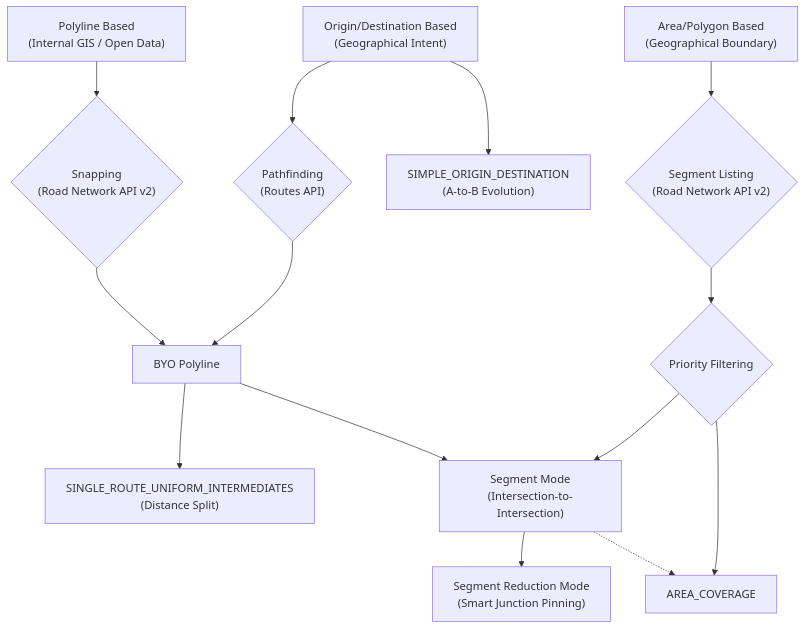
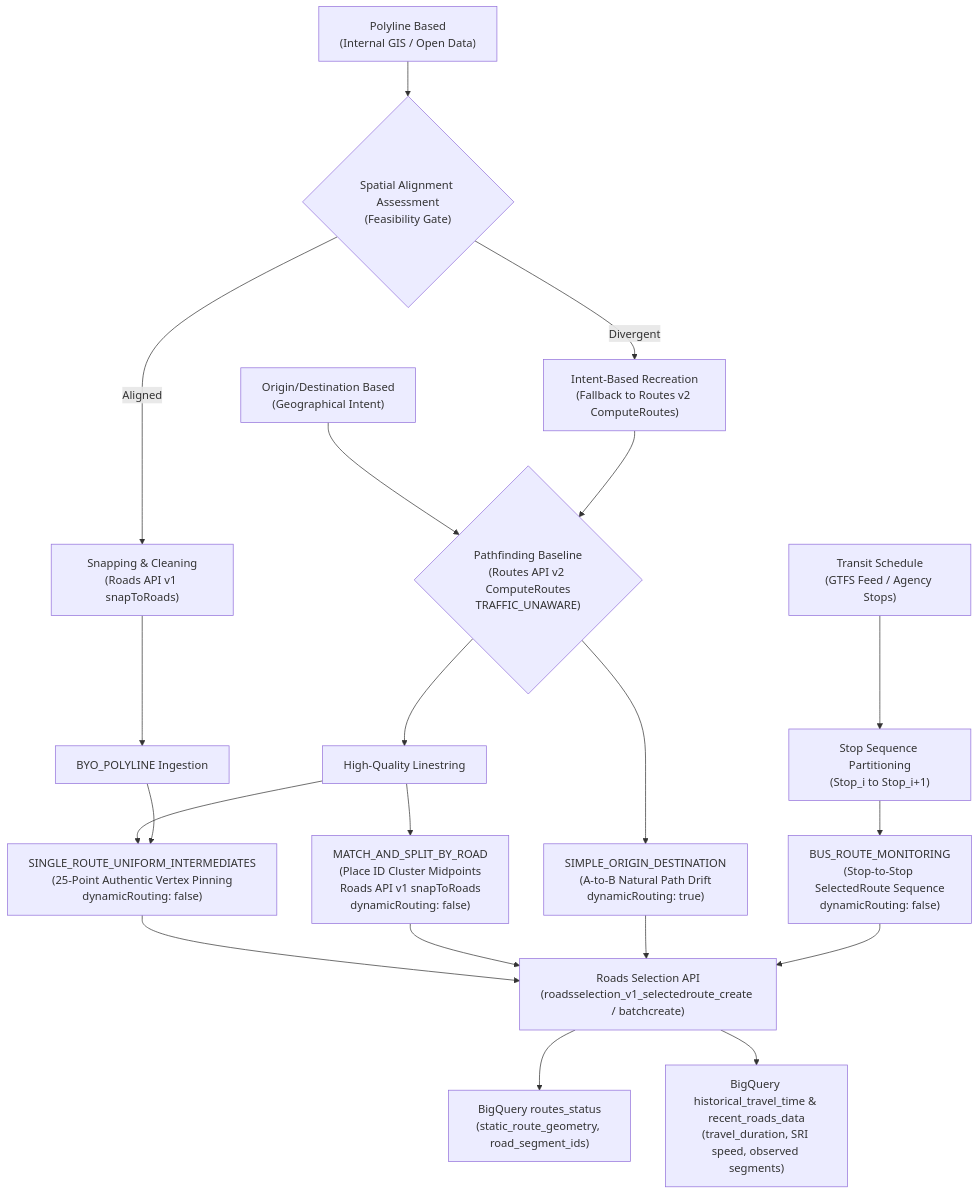
The diagram in roads_management_insights/.agents/skills/rmi-routesetting/assets/strategy_map.mermaid (googlemaps-samples/insights-samples), drawn with Mermaid before and after one commit. The commit also changed 6 other files, not shown here.

```diff
--- a/roads_management_insights/.agents/skills/rmi-routesetting/assets/strategy_map.mermaid
+++ b/roads_management_insights/.agents/skills/rmi-routesetting/assets/strategy_map.mermaid
@@ -1,21 +1,29 @@
 graph TD
     %% Entry Points
-    EntryPL["Polyline Based<br/>(Internal GIS / Open Data)"] --> Snapping{"Snapping<br/>(Road Network API v2)"}
-    EntryOD["Origin/Destination Based<br/>(Geographical Intent)"] --> Pathfinding{"Pathfinding<br/>(Routes API)"}
-    EntryAR["Area/Polygon Based<br/>(Geographical Boundary)"] --> Listing{"Segment Listing<br/>(Road Network API v2)"}
+    EntryPL["Polyline Based<br/>(Internal GIS / Open Data)"] --> Feasibility{"Spatial Alignment Assessment<br/>(Feasibility Gate)"}
+    EntryOD["Origin/Destination Based<br/>(Geographical Intent)"] --> Pathfinding{"Pathfinding Baseline<br/>(Routes API v2 ComputeRoutes<br/>TRAFFIC_UNAWARE)"}
+    EntryTransit["Transit Schedule<br/>(GTFS Feed / Agency Stops)"] --> BusHops["Stop Sequence Partitioning<br/>(Stop_i to Stop_i+1)"]
 
-    %% Intermediate Processing
-    Snapping --> BYOPLY["BYO Polyline"]
-    Pathfinding --> BYOPLY
-    Listing --> Filtering{Priority Filtering}
+    %% Intermediate Processing & Fallback
+    Feasibility -- "Aligned" --> Snapping["Snapping & Cleaning<br/>(Roads API v1 snapToRoads)"]
+    Feasibility -- "Divergent" --> FallbackIntent["Intent-Based Recreation<br/>(Fallback to Routes v2 ComputeRoutes)"]
+    FallbackIntent --> Pathfinding
+    Snapping --> BYOPLY["BYO_POLYLINE Ingestion"]
+    Pathfinding --> RouteGeom["High-Quality Linestring"]
 
-    %% Primary Registration Approaches (The "Outputs")
-    BYOPLY --> SplitDistance["SINGLE_ROUTE_UNIFORM_INTERMEDIATES<br/>(Distance Split)"]
-    BYOPLY --> IIS["Segment Mode<br/>(Intersection-to-Intersection)"]
-    Filtering --> IIS
-    Filtering --> AC["AREA_COVERAGE"]
-    EntryOD --> OD["SIMPLE_ORIGIN_DESTINATION<br/>(A-to-B Evolution)"]
+    %% Primary Registration Strategies (The Outputs)
+    RouteGeom --> SplitDistance["SINGLE_ROUTE_UNIFORM_INTERMEDIATES<br/>(25-Point Authentic Vertex Pinning<br/>dynamicRouting: false)"]
+    RouteGeom --> SplitRoad["MATCH_AND_SPLIT_BY_ROAD<br/>(Place ID Cluster Midpoints<br/>Roads API v1 snapToRoads<br/>dynamicRouting: false)"]
+    Pathfinding --> OD["SIMPLE_ORIGIN_DESTINATION<br/>(A-to-B Natural Path Drift<br/>dynamicRouting: true)"]
+    BusHops --> BusSeq["BUS_ROUTE_MONITORING<br/>(Stop-to-Stop SelectedRoute Sequence<br/>dynamicRouting: false)"]
+    BYOPLY --> SplitDistance
 
-    %% Optimization Options
-    IIS --> ModeReduction["Segment Reduction Mode<br/>(Smart Junction Pinning)"]
-    IIS -.-> AC
+    %% Registration Gate
+    SplitDistance --> Registration["Roads Selection API<br/>(roadsselection_v1_selectedroute_create / batchcreate)"]
+    SplitRoad --> Registration
+    OD --> Registration
+    BusSeq --> Registration
+
+    %% BigQuery Telemetry Storage
+    Registration --> BQStatus["BigQuery routes_status<br/>(static_route_geometry, road_segment_ids)"]
+    Registration --> BQTelemetry["BigQuery historical_travel_time & recent_roads_data<br/>(travel_duration, SRI speed, observed segments)"]
```
